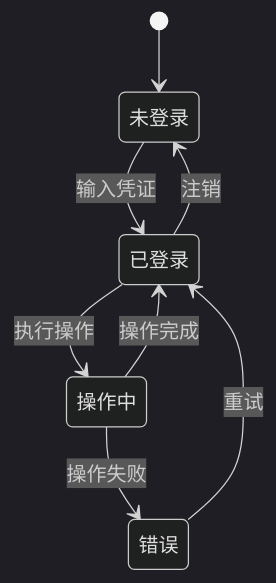
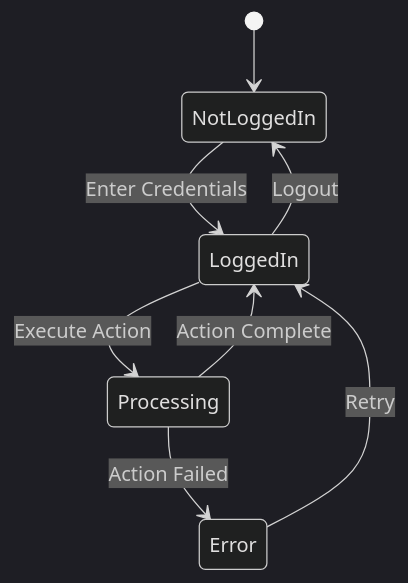
Before and after one commit to zhuangbiaowei/vitepress-ospo-writing-project: the fourth of 8 diagrams in docs/articles/mermaid-diagram-guide.md, drawn with Mermaid (dark theme). The commit also changed other lines of this file and 182 other files, not shown here.

````diff
--- a/docs/articles/mermaid-diagram-guide.md
+++ b/docs/articles/mermaid-diagram-guide.md
@@ -64,10 +64,10 @@
 ```mermaid
 stateDiagram-v2
-    [*] --> 未登录
-    未登录 --> 已登录: 输入凭证
-    已登录 --> 未登录: 注销
-    已登录 --> 操作中: 执行操作
-    操作中 --> 已登录: 操作完成
-    操作中 --> 错误: 操作失败
-    错误 --> 已登录: 重试
+    [*] --> NotLoggedIn
+    NotLoggedIn --> LoggedIn: Enter Credentials
+    LoggedIn --> NotLoggedIn: Logout
+    LoggedIn --> Processing: Execute Action
+    Processing --> LoggedIn: Action Complete
+    Processing --> Error: Action Failed
+    Error --> LoggedIn: Retry
 ```
````
